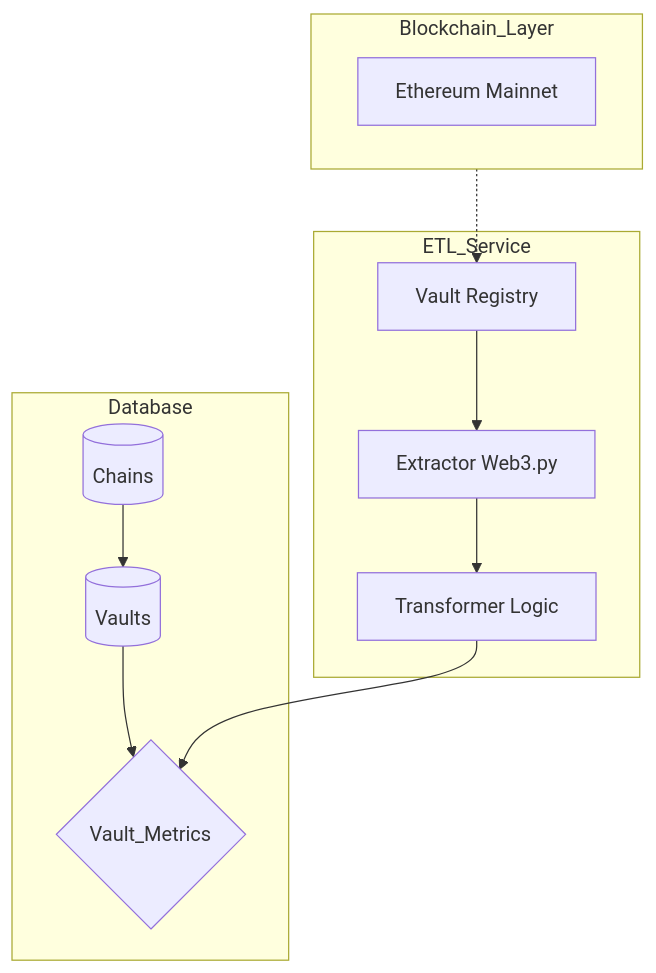
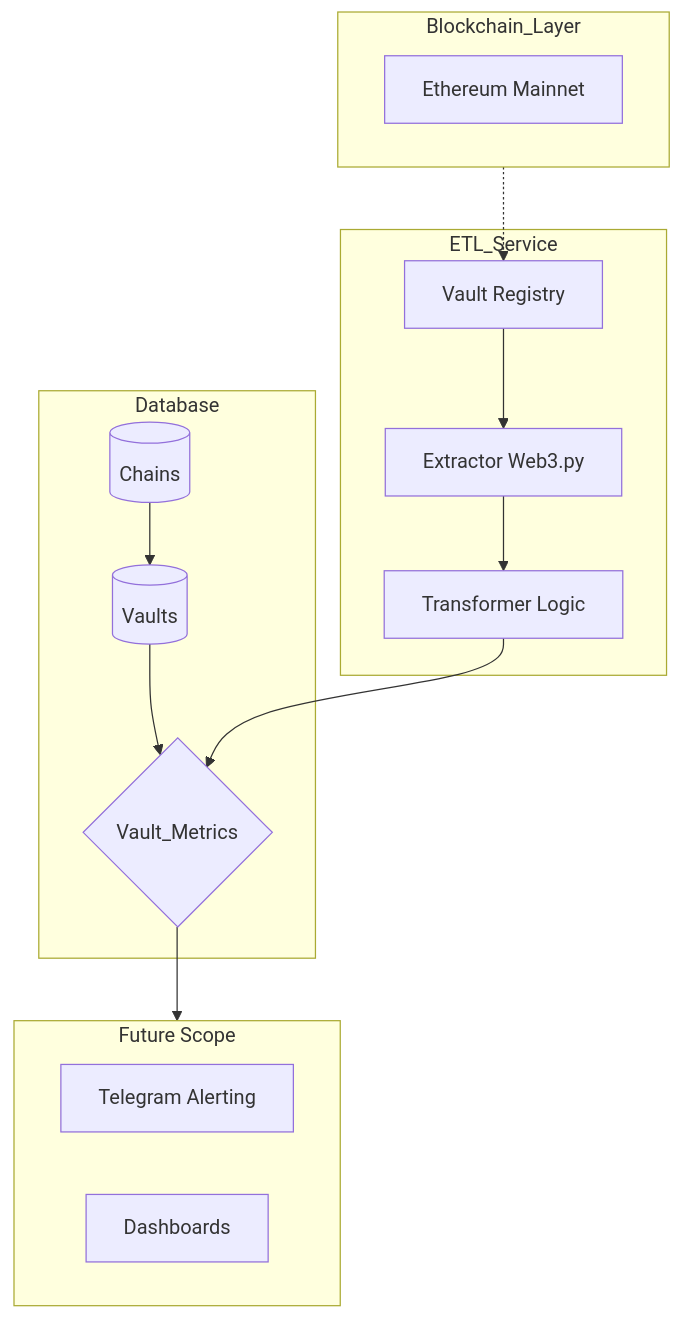
Before and after one commit to obrezzzkova/vault_analysis: the diagram in tech_spec.md, drawn with Mermaid.

Commit message:
Adding graph to tech-spec

````diff
--- a/tech_spec.md
+++ b/tech_spec.md
@@ -60,31 +60,40 @@
 ```mermaid
 graph TD
     %% 1. Источники
     subgraph Blockchain_Layer
         ETH[Ethereum Mainnet]
     end
 
     %% 2. ETL Процесс
     subgraph ETL_Service
         Registry[Vault Registry]
         Extractor[Extractor Web3.py]
         Transformer[Transformer Logic]
         
         Registry --> Extractor
         Extractor --> Transformer
     end
 
     %% 3. База данных
     subgraph Database
         T1[(Chains)]
         T2[(Vaults)]
         T3{Vault_Metrics}
         
         T1 --> T2
         T2 --> T3
     end
 
     %% Потоки
     Blockchain_Layer -.-> Registry
     Transformer --> T3
+
+    %% Точки расширения
+    subgraph Future_Expansion [Future Scope]
+        direction LR
+        Alerts[Telegram Alerting]
+        Dashboards[ Dashboards]
+    end
+
+    T3 --> Future_Expansion
 ```
````
